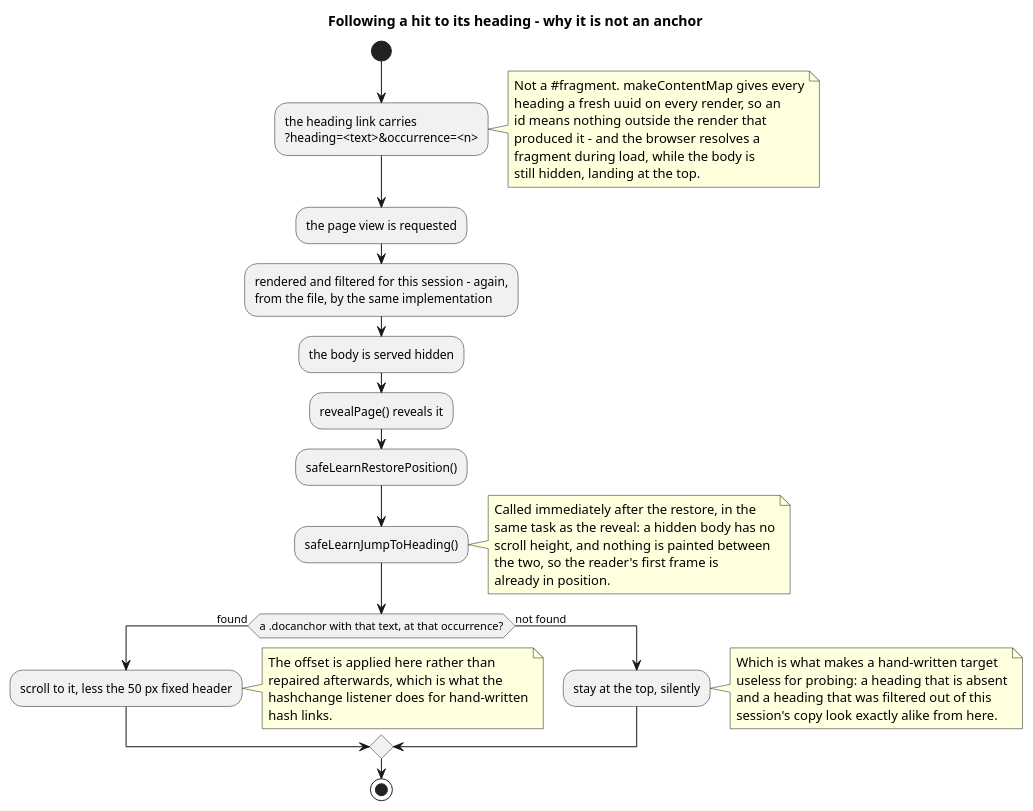
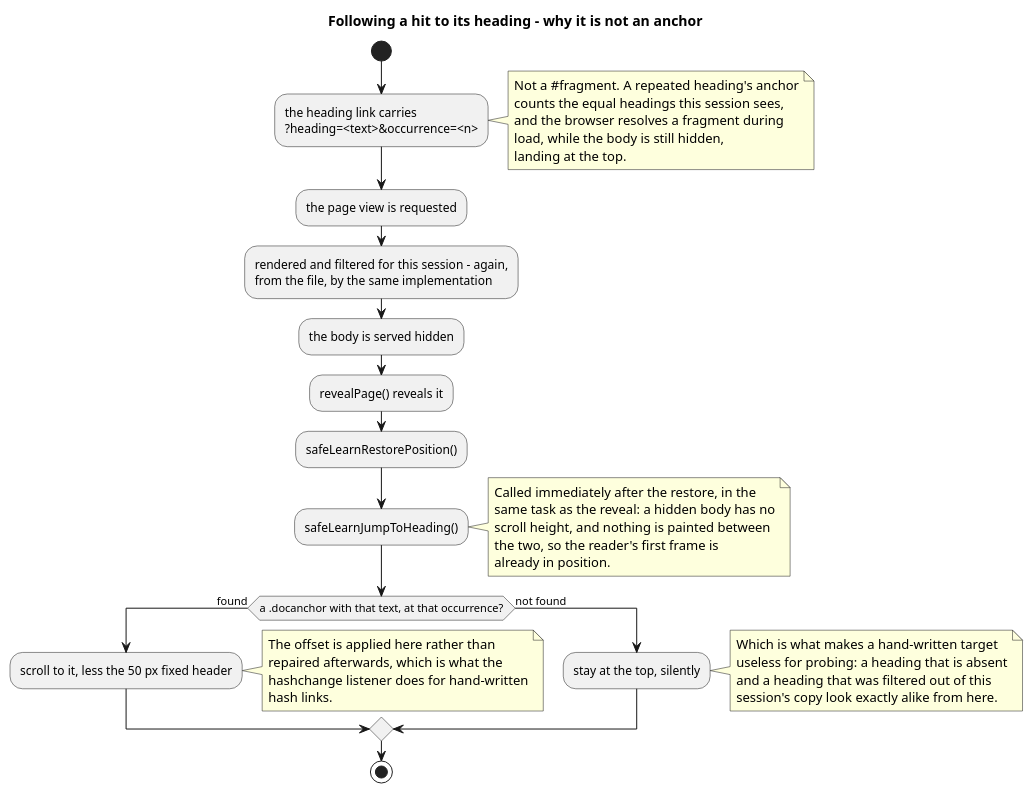
The third of 3 diagrams in docs-search.md (UnterrainerInformatik/safeLearn), drawn with PlantUML before and after one commit. The commit also changed 40 other files, not shown here.

First line of the commit message:
Render Obsidian footnotes, math, block references, heading links and note embeds

````diff
--- a/docs-search.md
+++ b/docs-search.md
@@ -208,45 +208,44 @@
 ```plantuml
 title Following a hit to its heading - why it is not an anchor
 
 start
 :the heading link carries\n?heading=<text>&occurrence=<n>;
 note right
-  Not a #fragment. makeContentMap gives every
-  heading a fresh uuid on every render, so an
-  id means nothing outside the render that
-  produced it - and the browser resolves a
-  fragment during load, while the body is
-  still hidden, landing at the top.
+  Not a #fragment. A repeated heading's anchor
+  counts the equal headings this session sees,
+  and the browser resolves a fragment during
+  load, while the body is still hidden,
+  landing at the top.
 end note
 :the page view is requested;
 :rendered and filtered for this session - again,\nfrom the file, by the same implementation;
 :the body is served hidden;
 :revealPage() reveals it;
 :safeLearnRestorePosition();
 :safeLearnJumpToHeading();
 note right
   Called immediately after the restore, in the
   same task as the reveal: a hidden body has no
   scroll height, and nothing is painted between
   the two, so the reader's first frame is
   already in position.
 end note
 if (a .docanchor with that text, at that occurrence?) then (found)
   :scroll to it, less the 50 px fixed header;
   note right
     The offset is applied here rather than
     repaired afterwards, which is what the
     hashchange listener does for hand-written
     hash links.
   end note
 else (not found)
   :stay at the top, silently;
   note right
     Which is what makes a hand-written target
     useless for probing: a heading that is absent
     and a heading that was filtered out of this
     session's copy look exactly alike from here.
   end note
 endif
 stop
 ```
````
